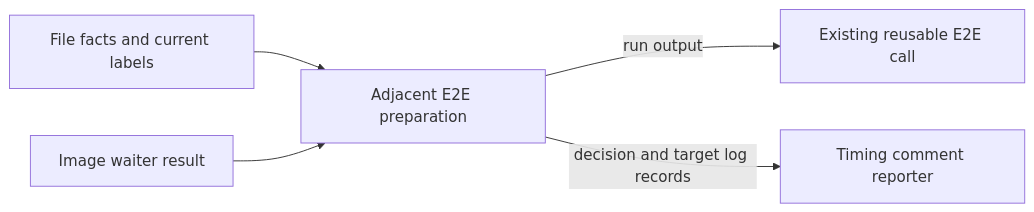
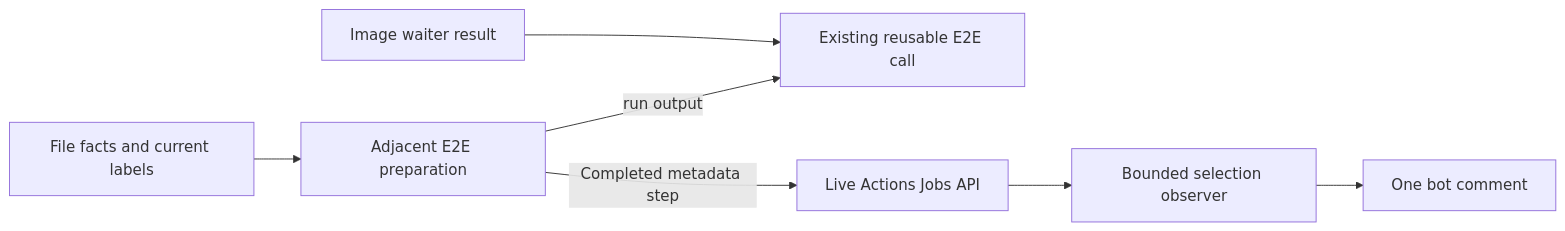
The second of 2 diagrams in ci/native-selectors/README.md (stackrox/stackrox), drawn with Mermaid before and after one commit. The commit also changed other lines of this file and 44 other files, not shown here.

````diff
--- a/ci/native-selectors/README.md
+++ b/ci/native-selectors/README.md
@@ -61,7 +61,9 @@
 ```mermaid
 flowchart LR
   F[File facts and current labels] --> S[Adjacent E2E preparation]
-  I[Image waiter result] --> S
   S -->|run output| E[Existing reusable E2E call]
-  S -->|decision and target log records| R[Timing comment reporter]
+  I[Image waiter result] --> E
+  S -->|Completed metadata step| A[Live Actions Jobs API]
+  A --> R[Bounded selection observer]
+  R --> C[One bot comment]
 ```
````
